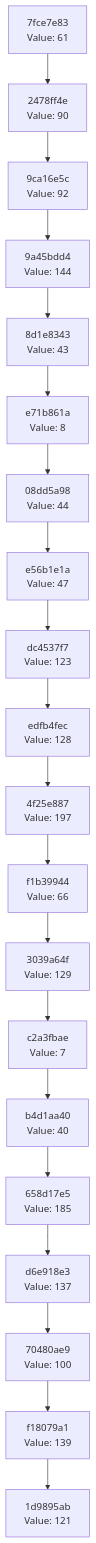
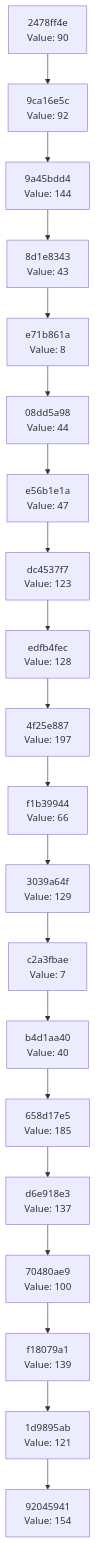
Before and after one commit to Abhisheksinha1506/hash-chain-evolver: the diagram in docs/CHAIN_VISUALIZATION.md, drawn with Mermaid. The commit also changed 3 other files, not shown here.

````diff
--- a/docs/CHAIN_VISUALIZATION.md
+++ b/docs/CHAIN_VISUALIZATION.md
@@ -3,42 +3,42 @@
 ```mermaid
 graph TD
-    C0["1d9895ab<br/>Value: 121"]
-    C1["f18079a1<br/>Value: 139"]
+    C0["92045941<br/>Value: 154"]
+    C1["1d9895ab<br/>Value: 121"]
     C1 --> C0
-    C2["70480ae9<br/>Value: 100"]
+    C2["f18079a1<br/>Value: 139"]
     C2 --> C1
-    C3["d6e918e3<br/>Value: 137"]
+    C3["70480ae9<br/>Value: 100"]
     C3 --> C2
-    C4["658d17e5<br/>Value: 185"]
+    C4["d6e918e3<br/>Value: 137"]
     C4 --> C3
-    C5["b4d1aa40<br/>Value: 40"]
+    C5["658d17e5<br/>Value: 185"]
     C5 --> C4
-    C6["c2a3fbae<br/>Value: 7"]
+    C6["b4d1aa40<br/>Value: 40"]
     C6 --> C5
-    C7["3039a64f<br/>Value: 129"]
+    C7["c2a3fbae<br/>Value: 7"]
     C7 --> C6
-    C8["f1b39944<br/>Value: 66"]
+    C8["3039a64f<br/>Value: 129"]
     C8 --> C7
-    C9["4f25e887<br/>Value: 197"]
+    C9["f1b39944<br/>Value: 66"]
     C9 --> C8
-    C10["edfb4fec<br/>Value: 128"]
+    C10["4f25e887<br/>Value: 197"]
     C10 --> C9
-    C11["dc4537f7<br/>Value: 123"]
+    C11["edfb4fec<br/>Value: 128"]
     C11 --> C10
-    C12["e56b1e1a<br/>Value: 47"]
+    C12["dc4537f7<br/>Value: 123"]
     C12 --> C11
-    C13["08dd5a98<br/>Value: 44"]
+    C13["e56b1e1a<br/>Value: 47"]
     C13 --> C12
-    C14["e71b861a<br/>Value: 8"]
+    C14["08dd5a98<br/>Value: 44"]
     C14 --> C13
-    C15["8d1e8343<br/>Value: 43"]
+    C15["e71b861a<br/>Value: 8"]
     C15 --> C14
-    C16["9a45bdd4<br/>Value: 144"]
+    C16["8d1e8343<br/>Value: 43"]
     C16 --> C15
-    C17["9ca16e5c<br/>Value: 92"]
+    C17["9a45bdd4<br/>Value: 144"]
     C17 --> C16
-    C18["2478ff4e<br/>Value: 90"]
+    C18["9ca16e5c<br/>Value: 92"]
     C18 --> C17
-    C19["7fce7e83<br/>Value: 61"]
+    C19["2478ff4e<br/>Value: 90"]
     C19 --> C18
 ```
````
